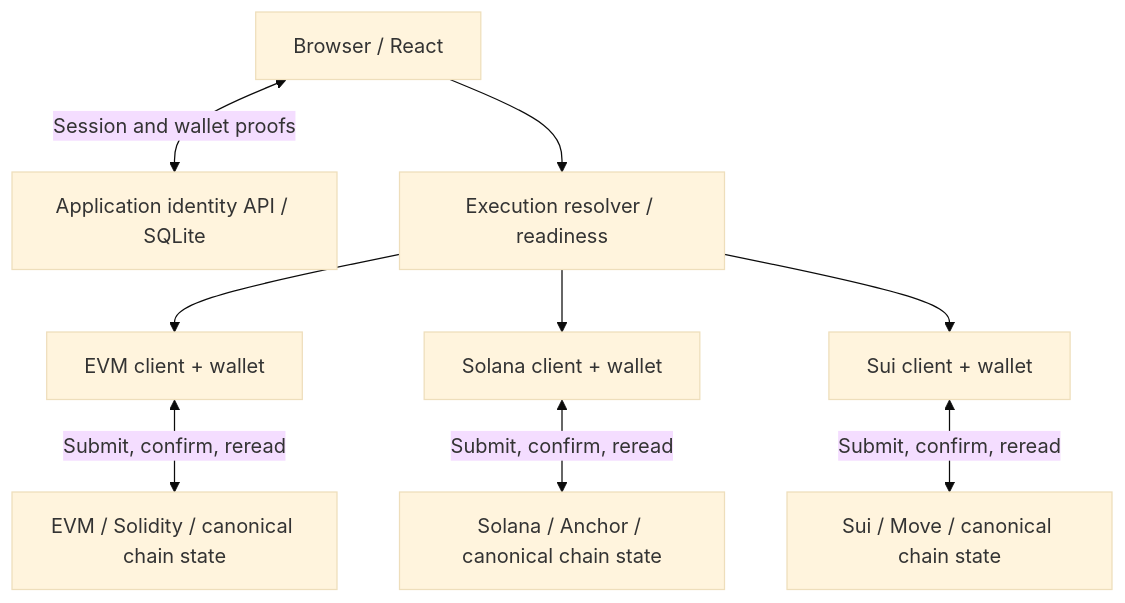
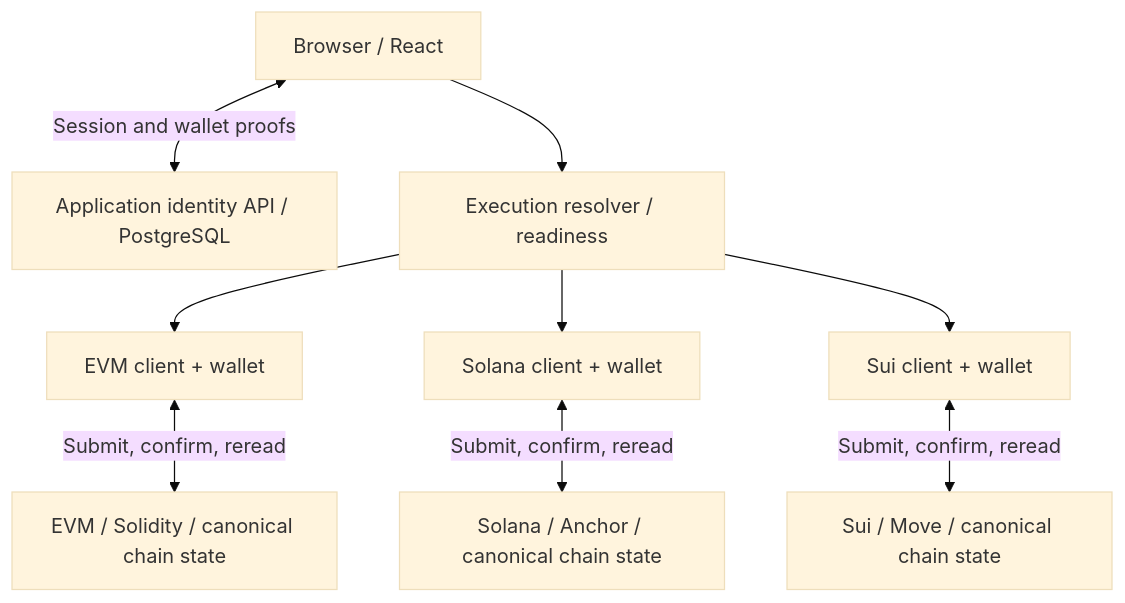
One commit to daniel-tsx/web3-marketplace changed the diagram in README.md. Above: the diagram before and after it, drawn with Mermaid (base theme). The commit also changed other lines of this file and 28 other files, not shown here.

Commit message:
Migrate API persistence to PostgreSQL and verify Neon

````diff
--- a/README.md
+++ b/README.md
@@ -16,11 +16,11 @@
 ```mermaid
 flowchart TD
-    Browser["Browser / React"] <-->|"Session and wallet proofs"| Identity["Application identity API / SQLite"]
+    Browser["Browser / React"] <-->|"Session and wallet proofs"| Identity["Application identity API / PostgreSQL"]
     Browser --> Resolver["Execution resolver / readiness"]
     Resolver --> EVMFlow["EVM client + wallet"]
     Resolver --> SolanaFlow["Solana client + wallet"]
     Resolver --> SuiFlow["Sui client + wallet"]
     EVMFlow <-->|"Submit, confirm, reread"| EVM["EVM / Solidity / canonical chain state"]
     SolanaFlow <-->|"Submit, confirm, reread"| Solana["Solana / Anchor / canonical chain state"]
     SuiFlow <-->|"Submit, confirm, reread"| Sui["Sui / Move / canonical chain state"]
 ```
````
